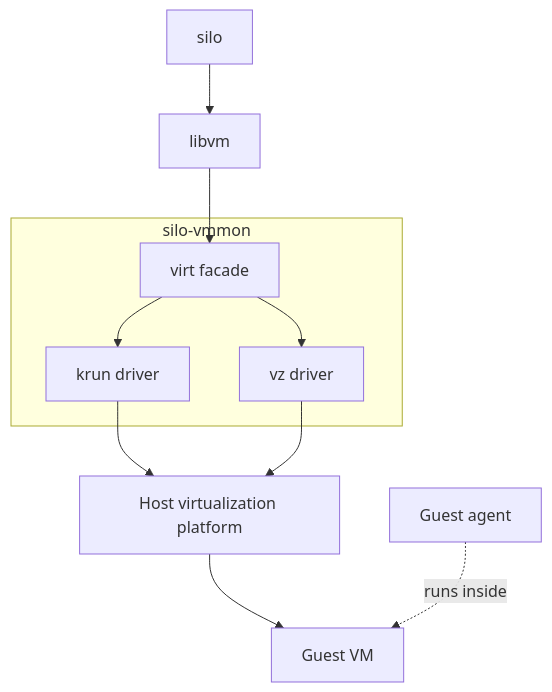
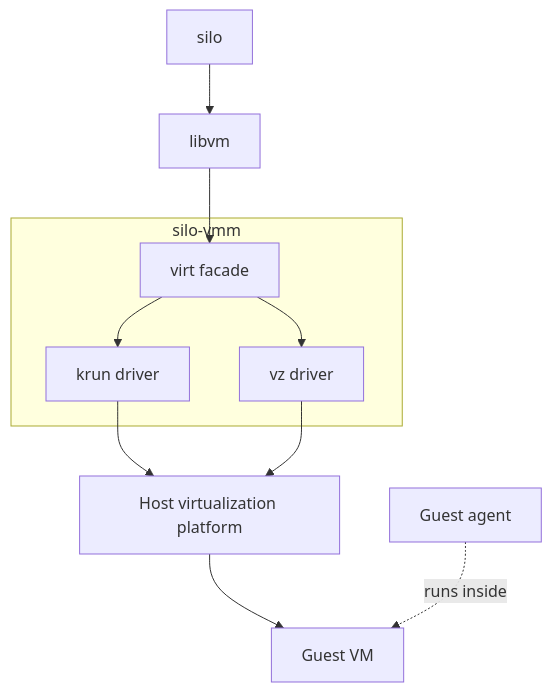
One commit to vandycknick/silo changed the sixth of 6 diagrams in docs/terminology.md. Above: the diagram before and after it, drawn with Mermaid. The commit also changed other lines of this file and 194 other files, not shown here.

First line of the commit message:
refactor(runtime): rename silo-vmmon to silo-vmm and name workers krun

````diff
--- a/docs/terminology.md
+++ b/docs/terminology.md
@@ -248,21 +248,21 @@
 ```mermaid
 flowchart TD
     CLI[silo]
     LibVm[libvm]
-    subgraph Monitor[silo-vmmon]
+    subgraph Monitor[silo-vmm]
         Virt[virt facade]
         Krun[krun driver]
         Vz[vz driver]
     end
     HostPlatform[Host virtualization platform]
     Guest[Guest VM]
     Agent[Guest agent]
 
     CLI --> LibVm --> Virt
     Virt --> Krun
     Virt --> Vz
     Krun --> HostPlatform
     Vz --> HostPlatform
     HostPlatform --> Guest
     Agent -. runs inside .-> Guest
 ```
````
